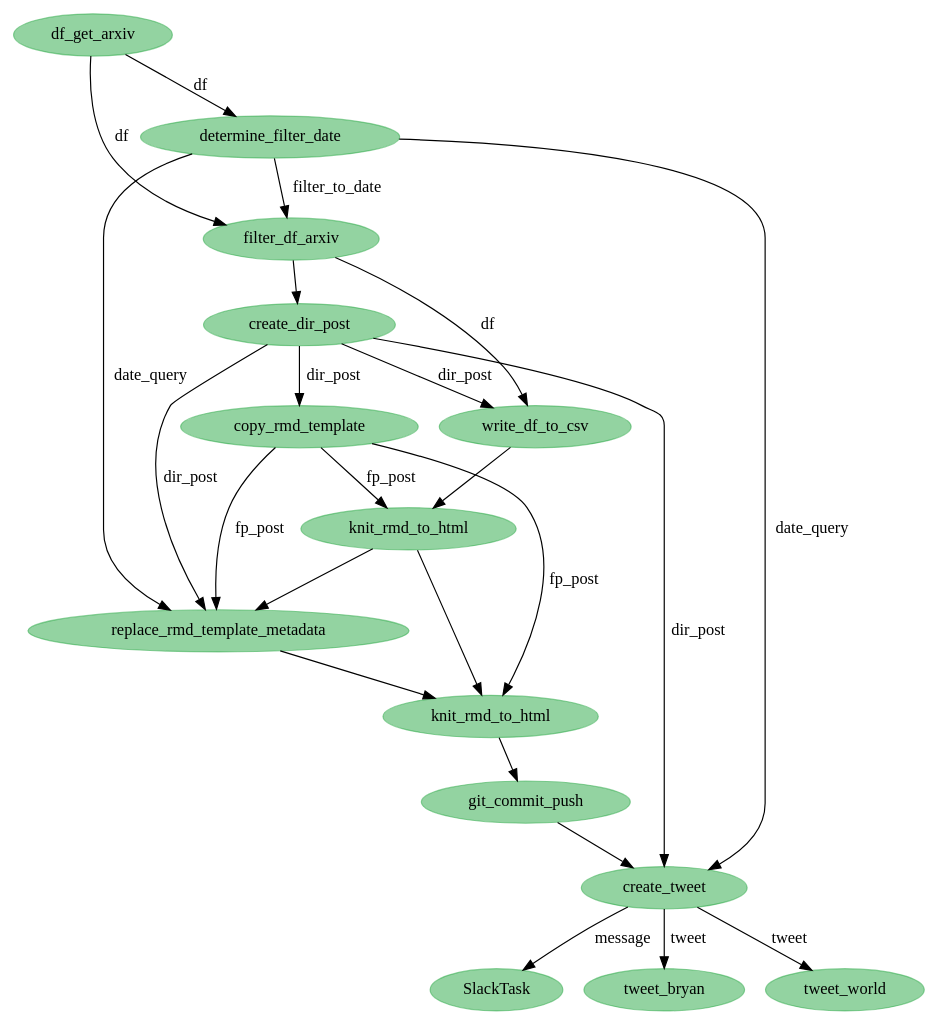
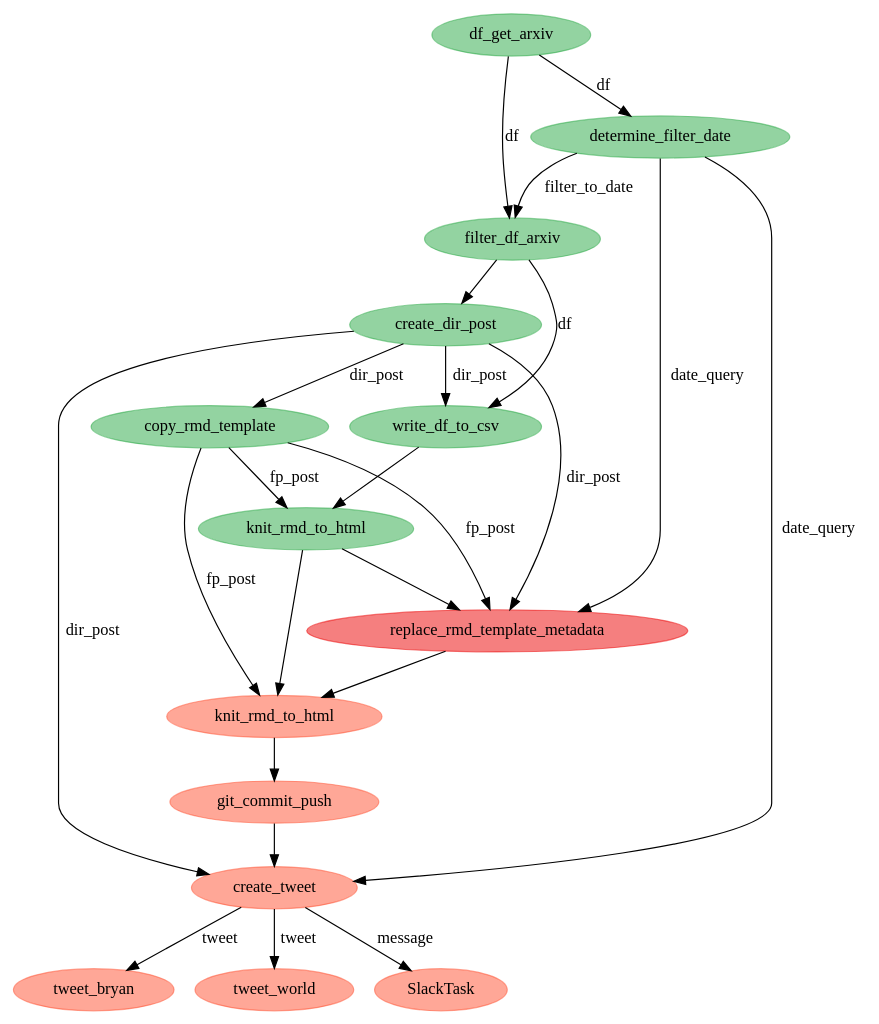
Before and after one commit to bryanwhiting/ds-arxiv: the diagram in python/state-viz.dot, drawn with Graphviz. The commit also changed 39 other files, not shown here.

```diff
--- a/python/state-viz.dot
+++ b/python/state-viz.dot
@@ -1,39 +1,39 @@
 digraph {
-	4592701392 [label=SlackTask color="#28a74580" colorscheme=svg shape=ellipse style=filled]
-	4592661136 [label=df_get_arxiv color="#28a74580" colorscheme=svg shape=ellipse style=filled]
-	4592662224 [label=write_df_to_csv color="#28a74580" colorscheme=svg shape=ellipse style=filled]
-	4592660624 [label=determine_filter_date color="#28a74580" colorscheme=svg shape=ellipse style=filled]
-	4592660880 [label=filter_df_arxiv color="#28a74580" colorscheme=svg shape=ellipse style=filled]
-	4592661712 [label=create_dir_post color="#28a74580" colorscheme=svg shape=ellipse style=filled]
-	4592663184 [label=copy_rmd_template color="#28a74580" colorscheme=svg shape=ellipse style=filled]
-	4592663440 [label=knit_rmd_to_html color="#28a74580" colorscheme=svg shape=ellipse style=filled]
-	4592664144 [label=replace_rmd_template_metadata color="#28a74580" colorscheme=svg shape=ellipse style=filled]
-	4592698192 [label=knit_rmd_to_html color="#28a74580" colorscheme=svg shape=ellipse style=filled]
-	4592699088 [label=git_commit_push color="#28a74580" colorscheme=svg shape=ellipse style=filled]
-	4592700624 [label=tweet_bryan color="#28a74580" colorscheme=svg shape=ellipse style=filled]
-	4592699728 [label=create_tweet color="#28a74580" colorscheme=svg shape=ellipse style=filled]
-	4592700880 [label=tweet_world color="#28a74580" colorscheme=svg shape=ellipse style=filled]
-	4592660880 -> 4592662224 [label=df]
-	4592661712 -> 4592662224 [label=dir_post]
-	4592663440 -> 4592698192
-	4592660880 -> 4592661712
-	4592662224 -> 4592663440
-	4592661712 -> 4592664144 [label=dir_post]
-	4592663184 -> 4592664144 [label=fp_post]
-	4592663440 -> 4592664144
-	4592661712 -> 4592699728 [label=dir_post]
-	4592663184 -> 4592663440 [label=fp_post]
-	4592661136 -> 4592660880 [label=df]
-	4592661136 -> 4592660624 [label=df]
-	4592660624 -> 4592699728 [label=date_query]
-	4592660624 -> 4592664144 [label=date_query]
-	4592699728 -> 4592700624 [label=tweet]
-	4592699728 -> 4592700880 [label=tweet]
-	4592661712 -> 4592663184 [label=dir_post]
-	4592664144 -> 4592698192
-	4592698192 -> 4592699088
-	4592699088 -> 4592699728
-	4592660624 -> 4592660880 [label=filter_to_date]
-	4592663184 -> 4592698192 [label=fp_post]
-	4592699728 -> 4592701392 [label=message]
+	4692599376 [label=tweet_bryan color="#ff513180" colorscheme=svg shape=ellipse style=filled]
+	4692599568 [label=tweet_world color="#ff513180" colorscheme=svg shape=ellipse style=filled]
+	4692586320 [label=create_tweet color="#ff513180" colorscheme=svg shape=ellipse style=filled]
+	4692582800 [label=df_get_arxiv color="#28a74580" colorscheme=svg shape=ellipse style=filled]
+	4692582480 [label=determine_filter_date color="#28a74580" colorscheme=svg shape=ellipse style=filled]
+	4692583888 [label=write_df_to_csv color="#28a74580" colorscheme=svg shape=ellipse style=filled]
+	4692582544 [label=filter_df_arxiv color="#28a74580" colorscheme=svg shape=ellipse style=filled]
+	4692583376 [label=create_dir_post color="#28a74580" colorscheme=svg shape=ellipse style=filled]
+	4692584848 [label=copy_rmd_template color="#28a74580" colorscheme=svg shape=ellipse style=filled]
+	4692585104 [label=knit_rmd_to_html color="#28a74580" colorscheme=svg shape=ellipse style=filled]
+	4692585808 [label=replace_rmd_template_metadata color="#eb000080" colorscheme=svg shape=ellipse style=filled]
+	4692583760 [label=knit_rmd_to_html color="#ff513180" colorscheme=svg shape=ellipse style=filled]
+	4692585936 [label=git_commit_push color="#ff513180" colorscheme=svg shape=ellipse style=filled]
+	4692599888 [label=SlackTask color="#ff513180" colorscheme=svg shape=ellipse style=filled]
+	4692586320 -> 4692599568 [label=tweet]
+	4692584848 -> 4692585808 [label=fp_post]
+	4692584848 -> 4692583760 [label=fp_post]
+	4692582800 -> 4692582544 [label=df]
+	4692583376 -> 4692583888 [label=dir_post]
+	4692583376 -> 4692585808 [label=dir_post]
+	4692583376 -> 4692586320 [label=dir_post]
+	4692582480 -> 4692586320 [label=date_query]
+	4692582480 -> 4692585808 [label=date_query]
+	4692582544 -> 4692583376
+	4692583888 -> 4692585104
+	4692585104 -> 4692585808
+	4692585104 -> 4692583760
+	4692582480 -> 4692582544 [label=filter_to_date]
+	4692586320 -> 4692599376 [label=tweet]
+	4692584848 -> 4692585104 [label=fp_post]
+	4692582544 -> 4692583888 [label=df]
+	4692582800 -> 4692582480 [label=df]
+	4692583376 -> 4692584848 [label=dir_post]
+	4692585808 -> 4692583760
+	4692583760 -> 4692585936
+	4692585936 -> 4692586320
+	4692586320 -> 4692599888 [label=message]
 }
```
